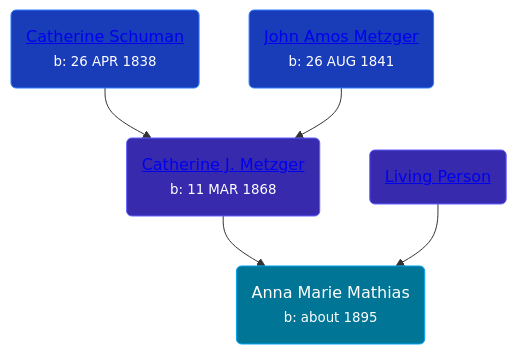
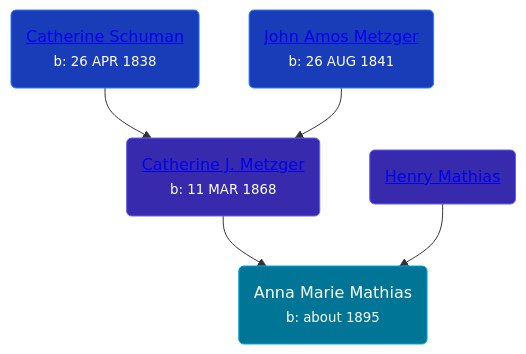
Before and after one commit to wpmgotkh/wpmgotkh.github.io: the diagram in pages/people/5/50075230.md, drawn with Mermaid. The commit also changed other lines of this file and 586 other files, not shown here.

Commit message:
feat: better shouldConsiderPersonLiving algo

````diff
--- a/pages/people/5/50075230.md
+++ b/pages/people/5/50075230.md
@@ -10,11 +10,11 @@
 ```mermaid
 graph
 classDef grands fill:#193cb8,stroke:#2b7fff,stroke-width:1px,color:#fff;
 classDef parents fill:#372aac,stroke:#615fff,stroke-width:1px,color:#fff;
 classDef primary fill:#007595,stroke:#00a6f4,stroke-width:1px,color:#fff;
 50075230(Anna Marie Mathias<br /><small>b: about 1895</small>):::primary
 62700864(<a class="text-white" href="/people/6/62700864">Catherine J. Metzger</a><br /><small>b: 11 MAR 1868</small>):::parents-->50075230
 39599940(<a class="text-white" href="/people/3/39599940">Catherine Schuman</a><br /><small>b: 26 APR 1838</small>):::grands-->62700864
 28893894(<a class="text-white" href="/people/2/28893894">John Amos Metzger</a><br /><small>b: 26 AUG 1841</small>):::grands-->62700864
-25073708(<a class="text-white" href="/people/2/25073708">Living Person</a>):::parents-->50075230
+25073708(<a class="text-white" href="/people/2/25073708">Henry Mathias</a>):::parents-->50075230
 ```
````
